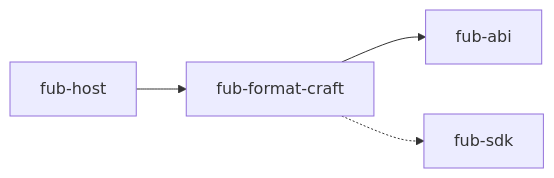
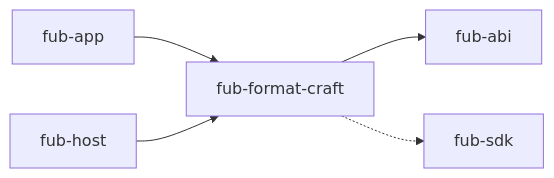
One commit to Fubeo/Fub changed the fourth of 5 diagrams in docs/architecture/overview.md. Above: the diagram before and after it, drawn with Mermaid. The commit also changed other lines of this file, not shown here.

Commit message:
docs(architettura): fub-app prende le forme dell'anteprima da fub-format-craft

````diff
--- a/docs/architecture/overview.md
+++ b/docs/architecture/overview.md
@@ -231,14 +233,16 @@
 ```mermaid
 flowchart LR
     %% @grafo-dipendenze
     %% Il seguito del grafo: fub-format-craft.
 
     abi["fub-abi"]
     sdk["fub-sdk"]
+    app["fub-app"]
     host["fub-host"]
     craft["fub-format-craft"]
 
+    app --> craft
     host --> craft
     craft --> abi
     craft -.-> sdk
 ```
````
